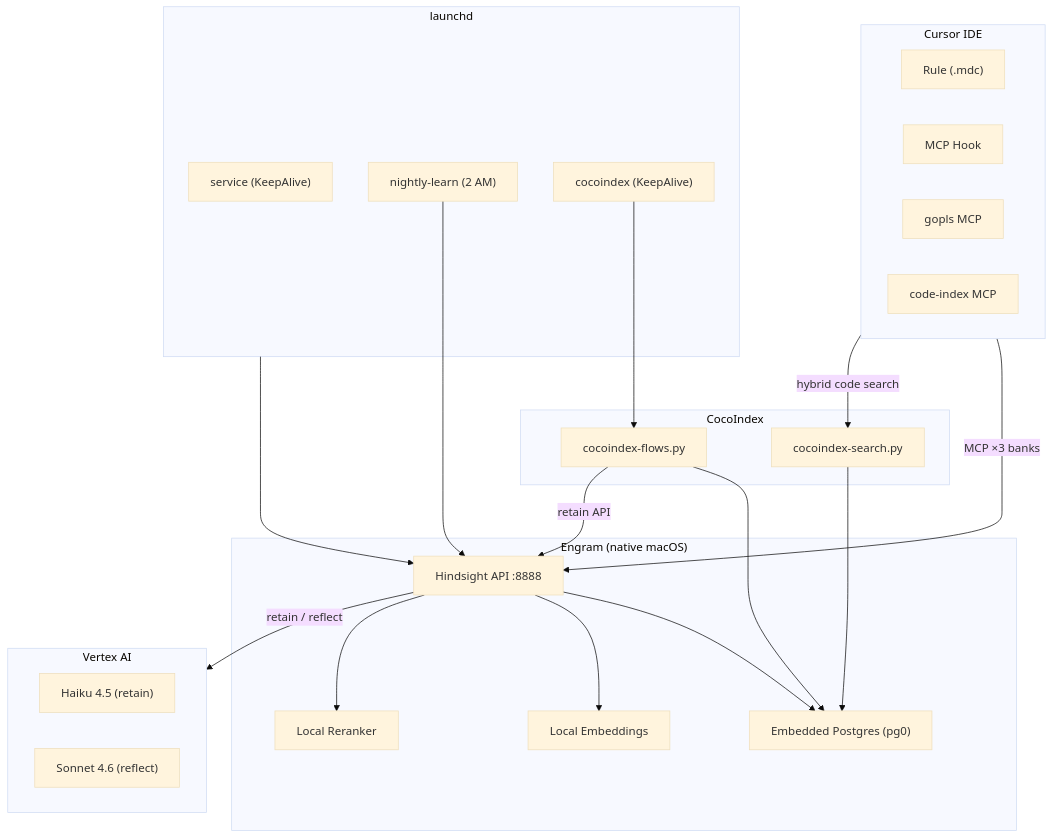
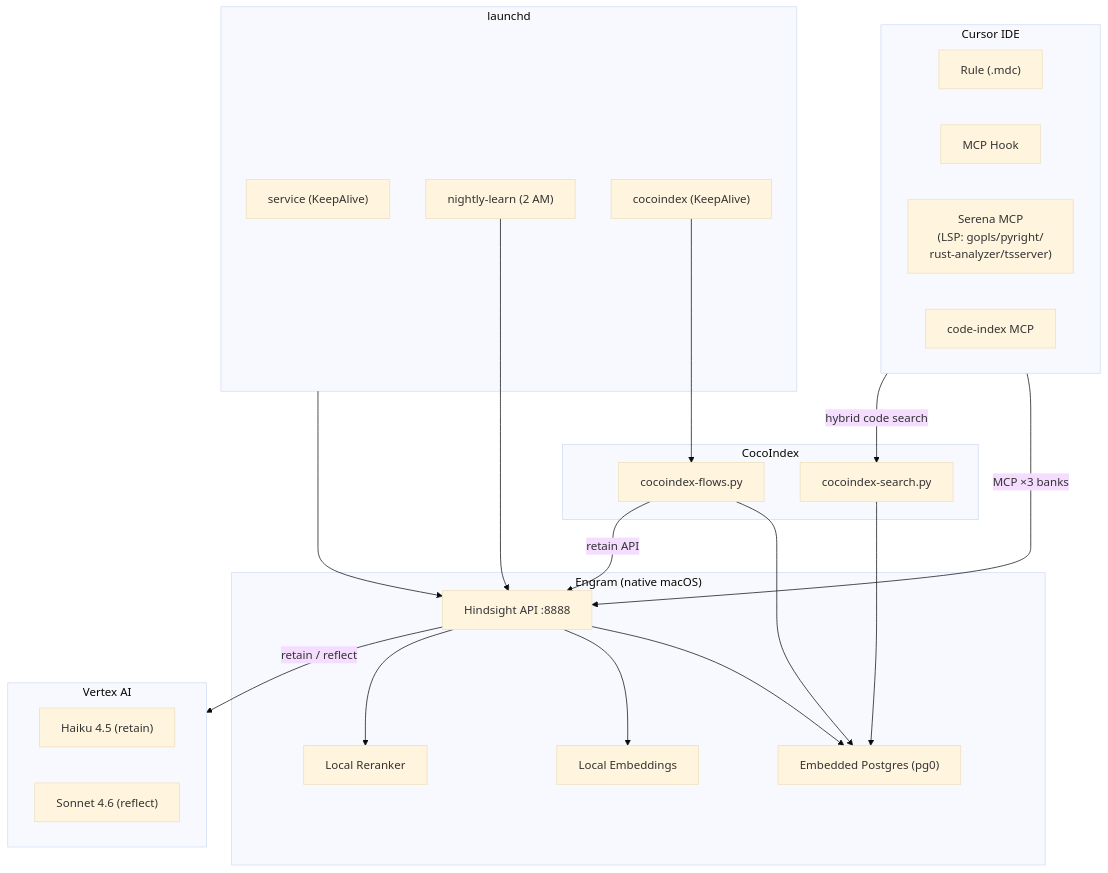
The second of 2 diagrams in README.md (jordigilh/engram), drawn with Mermaid (base theme) before and after one commit. The commit also changed other lines of this file and 4 other files, not shown here.

````diff
--- a/README.md
+++ b/README.md
@@ -80,45 +81,45 @@
 ```mermaid
 graph TB
     subgraph cursor["Cursor IDE"]
         rule["Rule (.mdc)"]
         hook["MCP Hook"]
-        gopls["gopls MCP"]
+        serena["Serena MCP<br/>(LSP: gopls/pyright/<br/>rust-analyzer/tsserver)"]
         code_mcp["code-index MCP"]
     end
 
     subgraph engram["Engram (native macOS)"]
         api["Hindsight API :8888"]
         pg["Embedded Postgres (pg0)"]
         emb["Local Embeddings"]
         rerank["Local Reranker"]
     end
 
     subgraph cocoindex_engine["CocoIndex"]
         coco["cocoindex-flows.py"]
         coco_search["cocoindex-search.py"]
         coco --> pg
         coco_search --> pg
     end
 
     subgraph vertex["Vertex AI"]
         haiku["Haiku 4.5 (retain)"]
         sonnet["Sonnet 4.6 (reflect)"]
     end
 
     subgraph launchd["launchd"]
         svc["service (KeepAlive)"]
         nightly["nightly-learn (2 AM)"]
         coco_svc["cocoindex (KeepAlive)"]
     end
 
     cursor -->|"MCP ×3 banks"| api
     cursor -->|"hybrid code search"| coco_search
     api --> pg
     api --> emb
     api --> rerank
     api -->|"retain / reflect"| vertex
     launchd --> api
     nightly --> api
     coco_svc --> coco
     coco -->|"retain API"| api
 ```
````
